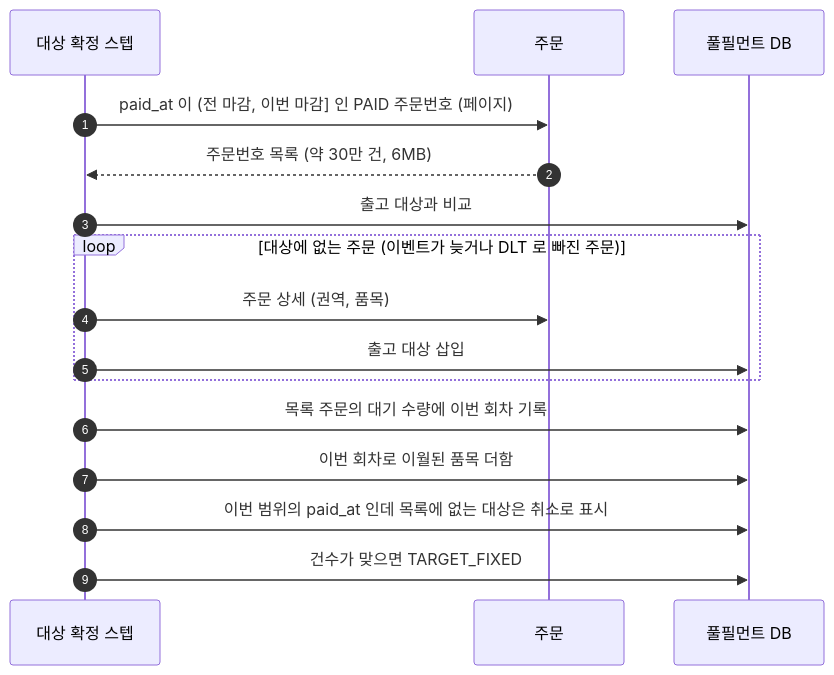
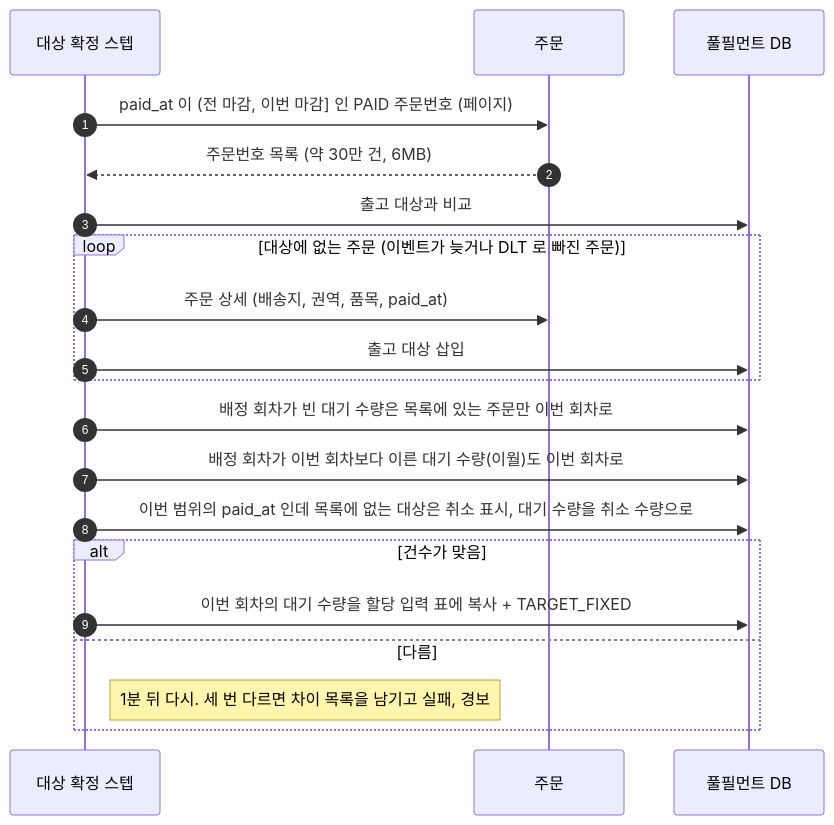
One commit to Bamdule/dawn-delivery-commerce changed the third of 6 diagrams in docs/sequence/05-출고-배치.md. Above: the diagram before and after it, drawn with Mermaid. The commit also changed other lines of this file and 4 other files, not shown here.

````diff
--- a/docs/sequence/05-출고-배치.md
+++ b/docs/sequence/05-출고-배치.md
@@ -77,19 +77,23 @@
 ```mermaid
 sequenceDiagram
     autonumber
     participant 스텝 as 대상 확정 스텝
     participant 주문
     participant DB as 풀필먼트 DB
 
     스텝->>주문: paid_at 이 (전 마감, 이번 마감] 인 PAID 주문번호 (페이지)
     주문-->>스텝: 주문번호 목록 (약 30만 건, 6MB)
     스텝->>DB: 출고 대상과 비교
     loop 대상에 없는 주문 (이벤트가 늦거나 DLT 로 빠진 주문)
-        스텝->>주문: 주문 상세 (권역, 품목)
+        스텝->>주문: 주문 상세 (배송지, 권역, 품목, paid_at)
         스텝->>DB: 출고 대상 삽입
     end
-    스텝->>DB: 목록 주문의 대기 수량에 이번 회차 기록
-    스텝->>DB: 이번 회차로 이월된 품목 더함
-    스텝->>DB: 이번 범위의 paid_at 인데 목록에 없는 대상은 취소로 표시
-    스텝->>DB: 건수가 맞으면 TARGET_FIXED
+    스텝->>DB: 배정 회차가 빈 대기 수량은 목록에 있는 주문만 이번 회차로
+    스텝->>DB: 배정 회차가 이번 회차보다 이른 대기 수량(이월)도 이번 회차로
+    스텝->>DB: 이번 범위의 paid_at 인데 목록에 없는 대상은 취소 표시, 대기 수량을 취소 수량으로
+    alt 건수가 맞음
+        스텝->>DB: 이번 회차의 대기 수량을 할당 입력 표에 복사 + TARGET_FIXED
+    else 다름
+        Note right of 스텝: 1분 뒤 다시. 세 번 다르면 차이 목록을 남기고 실패, 경보
+    end
 ```
````
